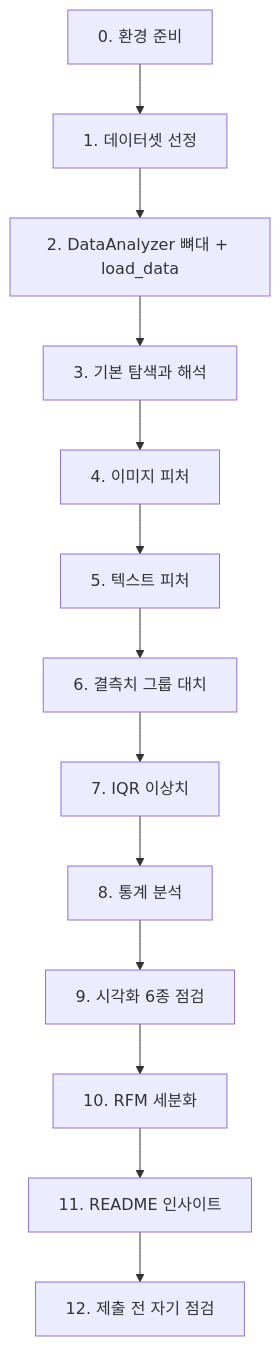
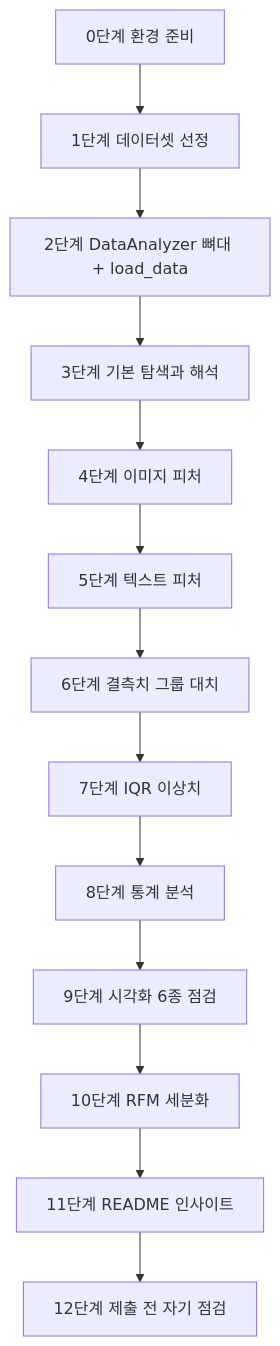
The diagram in docs/WALKTHROUGH.md (hkk-cody/A1-1), drawn with Mermaid before and after one commit. The commit also changed other lines of this file and 1 other file, not shown here.

Commit message:
문서 검토 반영: 계산·API·설명 오류 수정

````diff
--- a/docs/WALKTHROUGH.md
+++ b/docs/WALKTHROUGH.md
@@ -23,15 +23,15 @@
 ```mermaid
 flowchart TD
-    S0[0. 환경 준비] --> S1[1. 데이터셋 선정]
-    S1 --> S2[2. DataAnalyzer 뼈대 + load_data]
-    S2 --> S3[3. 기본 탐색과 해석]
-    S3 --> S4[4. 이미지 피처]
-    S4 --> S5[5. 텍스트 피처]
-    S5 --> S6[6. 결측치 그룹 대치]
-    S6 --> S7[7. IQR 이상치]
-    S7 --> S8[8. 통계 분석]
-    S8 --> S9[9. 시각화 6종 점검]
-    S9 --> S10[10. RFM 세분화]
-    S10 --> S11[11. README 인사이트]
-    S11 --> S12[12. 제출 전 자기 점검]
+    S0[0단계 환경 준비] --> S1[1단계 데이터셋 선정]
+    S1 --> S2[2단계 DataAnalyzer 뼈대 + load_data]
+    S2 --> S3[3단계 기본 탐색과 해석]
+    S3 --> S4[4단계 이미지 피처]
+    S4 --> S5[5단계 텍스트 피처]
+    S5 --> S6[6단계 결측치 그룹 대치]
+    S6 --> S7[7단계 IQR 이상치]
+    S7 --> S8[8단계 통계 분석]
+    S8 --> S9[9단계 시각화 6종 점검]
+    S9 --> S10[10단계 RFM 세분화]
+    S10 --> S11[11단계 README 인사이트]
+    S11 --> S12[12단계 제출 전 자기 점검]
 ```
````
